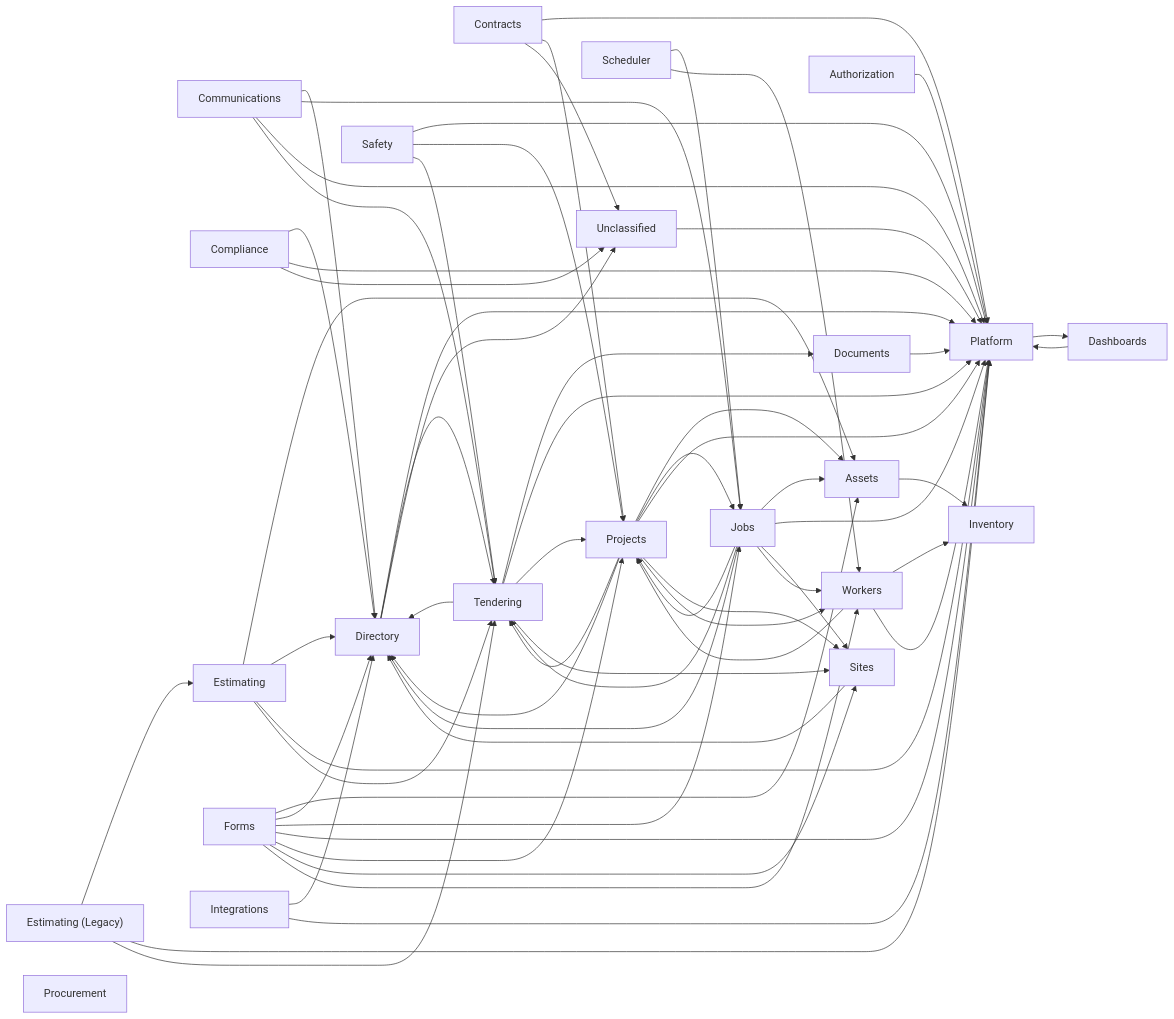
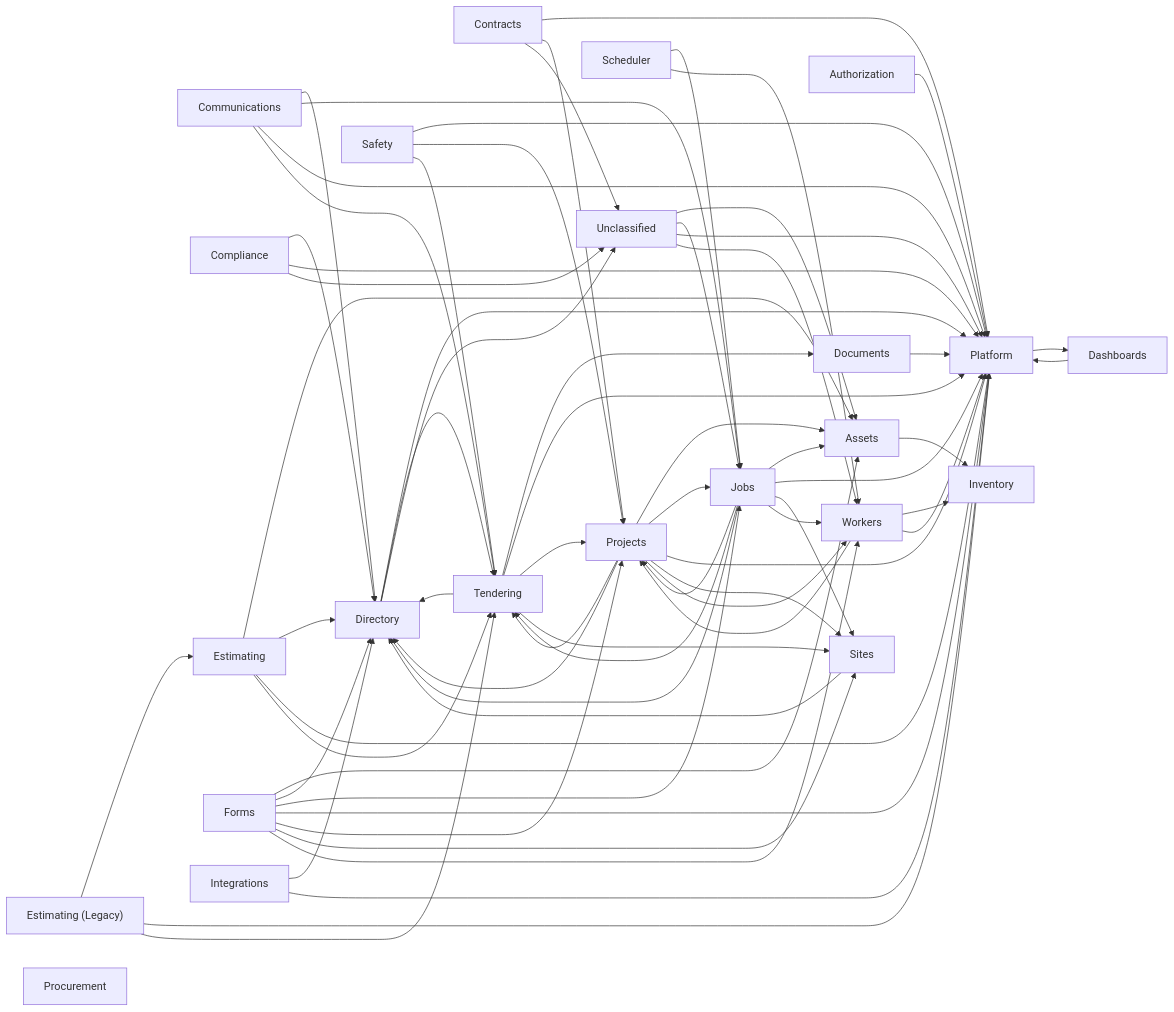
The diagram in docs/data-model/relationship-map.md (GH-Mantova/ProjectOperations), drawn with Mermaid before and after one commit. The commit also changed other lines of this file and 11 other files, not shown here.

```diff
--- a/docs/data-model/relationship-map.md
+++ b/docs/data-model/relationship-map.md
@@ -140,7 +140,10 @@
   tendering --> platform
   tendering --> projects
   tendering --> sites
+  unclassified --> assets
+  unclassified --> jobs
   unclassified --> platform
+  unclassified --> workers
   workers --> inventory
   workers --> platform
   workers --> projects
```
